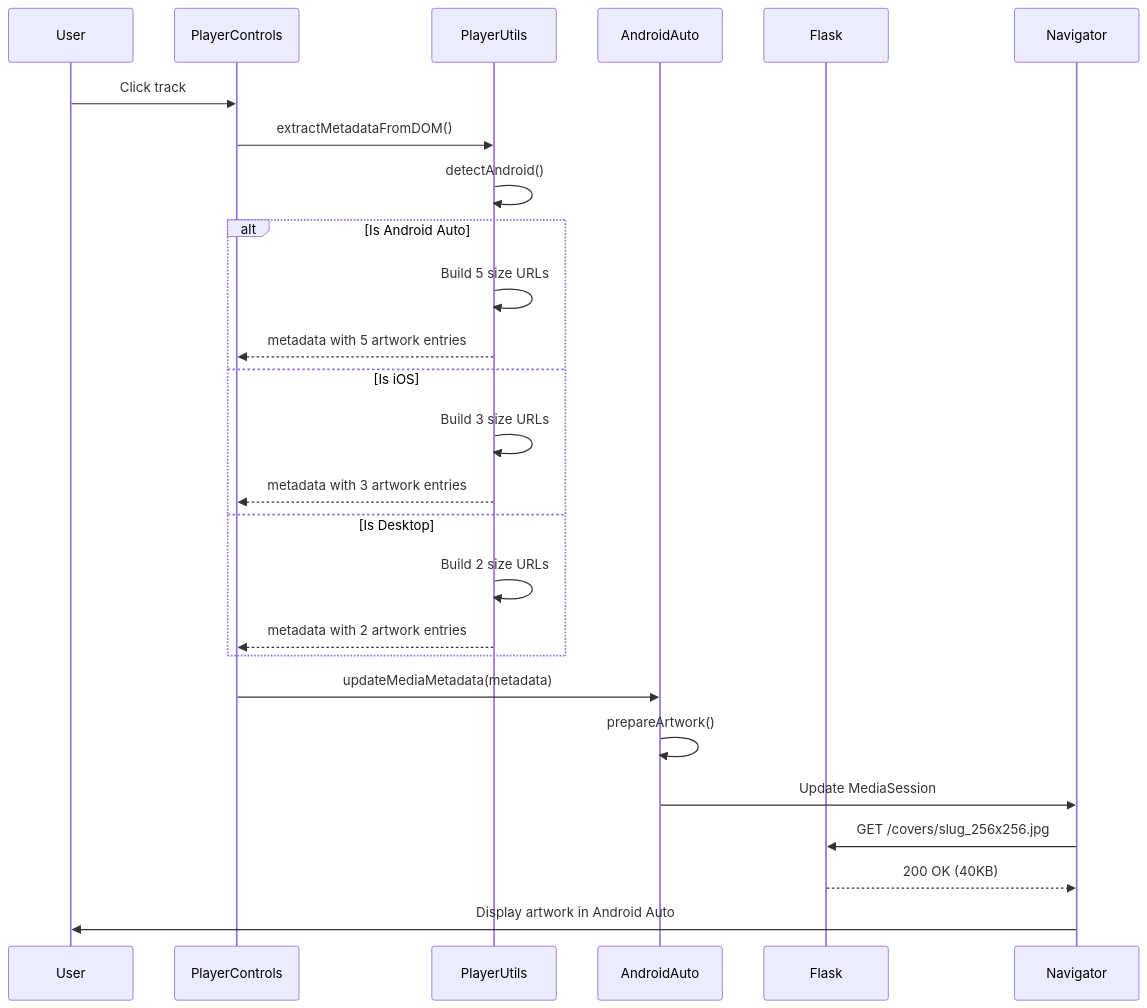
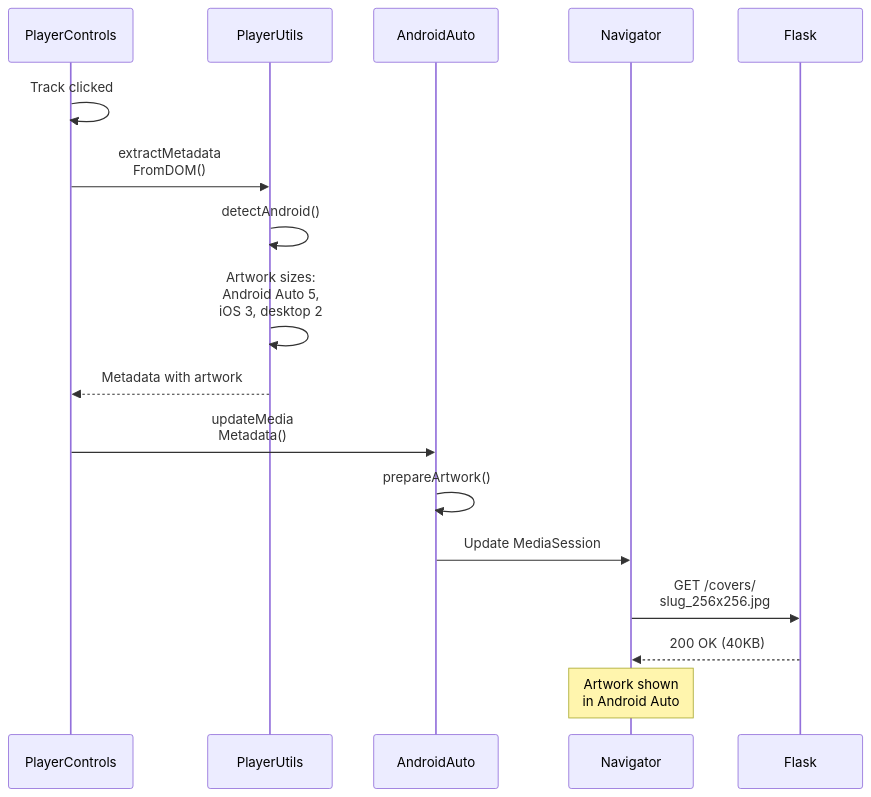
Before and after one commit to mark-me/mixtape-society: the diagram in docs/development/device-integration/android-auto/frontend.md, drawn with Mermaid. The commit also changed 19 other files, not shown here.

First line of the commit message:
Simplify unreadable diagrams and correct small errors in the docs

````diff
--- a/docs/development/device-integration/android-auto/frontend.md
+++ b/docs/development/device-integration/android-auto/frontend.md
@@ -189,31 +189,22 @@
 ```mermaid
 sequenceDiagram
-    participant User
-    participant PlayerControls
-    participant PlayerUtils
-    participant AndroidAuto
+    participant Controls as PlayerControls
+    participant Utils as PlayerUtils
+    participant Auto as AndroidAuto
+    participant Nav as Navigator
     participant Flask
 
-    User->>PlayerControls: Click track
-    PlayerControls->>PlayerUtils: extractMetadataFromDOM()
-    PlayerUtils->>PlayerUtils: detectAndroid()
+    Controls->>Controls: Track clicked
+    Controls->>Utils: extractMetadata<br/>FromDOM()
+    Utils->>Utils: detectAndroid()
+    Utils->>Utils: Artwork sizes:<br/>Android Auto 5,<br/>iOS 3, desktop 2
+    Utils-->>Controls: Metadata with artwork
 
-    alt Is Android Auto
-        PlayerUtils->>PlayerUtils: Build 5 size URLs
-        PlayerUtils-->>PlayerControls: metadata with 5 artwork entries
-    else Is iOS
-        PlayerUtils->>PlayerUtils: Build 3 size URLs
-        PlayerUtils-->>PlayerControls: metadata with 3 artwork entries
-    else Is Desktop
-        PlayerUtils->>PlayerUtils: Build 2 size URLs
-        PlayerUtils-->>PlayerControls: metadata with 2 artwork entries
-    end
+    Controls->>Auto: updateMedia<br/>Metadata()
+    Auto->>Auto: prepareArtwork()
+    Auto->>Nav: Update MediaSession
 
-    PlayerControls->>AndroidAuto: updateMediaMetadata(metadata)
-    AndroidAuto->>AndroidAuto: prepareArtwork()
-    AndroidAuto->>Navigator: Update MediaSession
-
-    Navigator->>Flask: GET /covers/slug_256x256.jpg
-    Flask-->>Navigator: 200 OK (40KB)
-    Navigator->>User: Display artwork in Android Auto
+    Nav->>Flask: GET /covers/<br/>slug_256x256.jpg
+    Flask-->>Nav: 200 OK (40KB)
+    Note over Nav: Artwork shown<br/>in Android Auto
 ```
````
